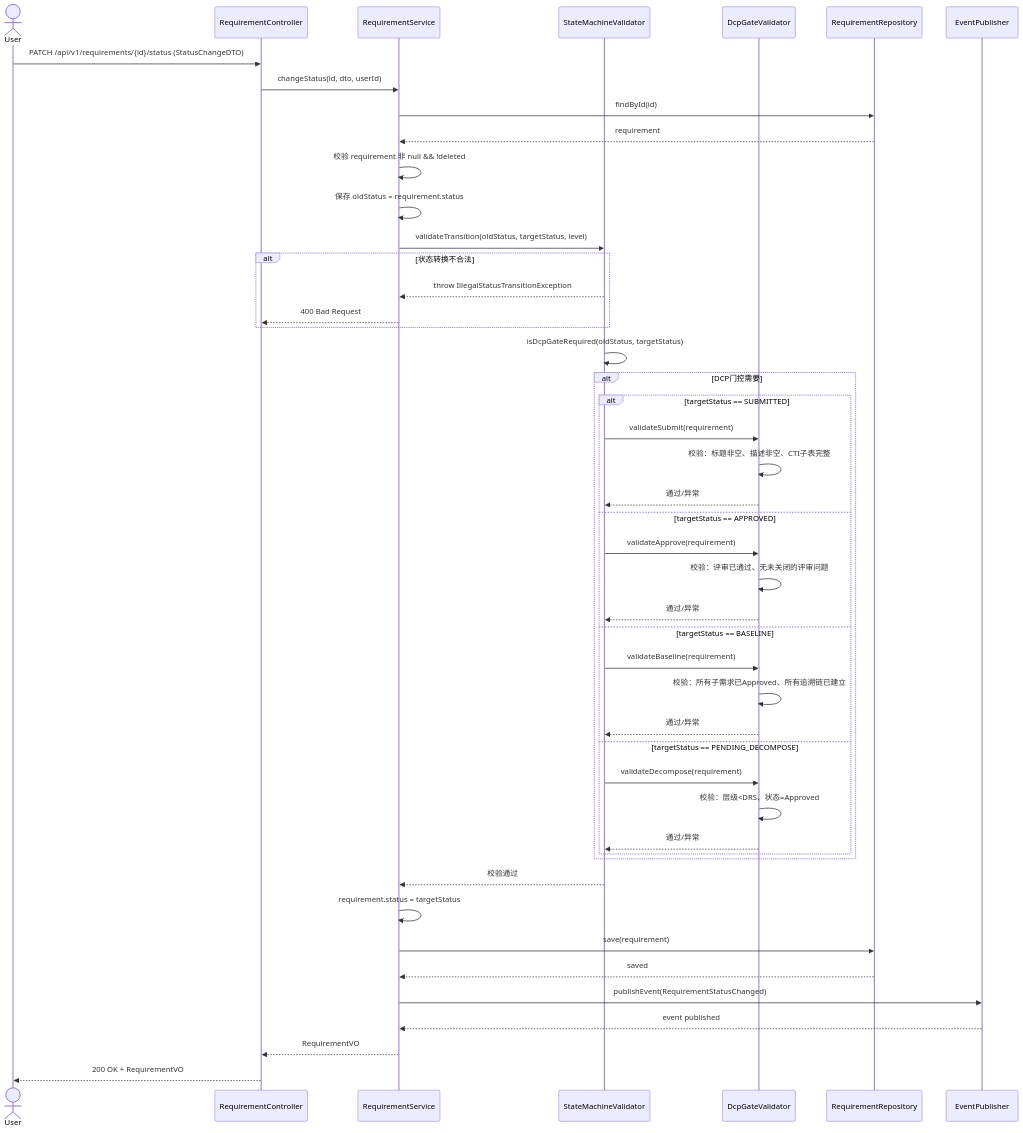
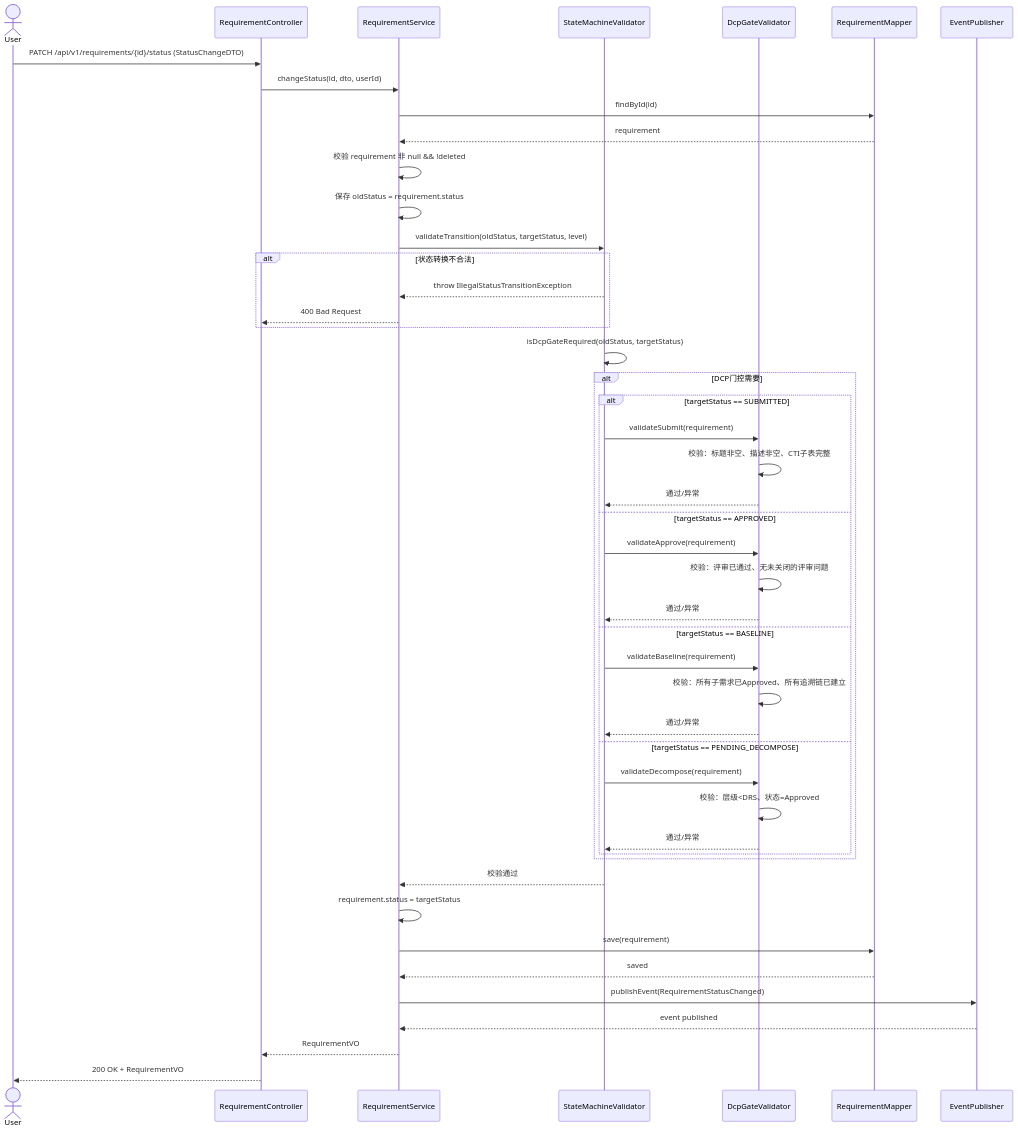
Before and after one commit to zhutao198/MED_RMS_PMS: the third of 6 diagrams in Detailed/01-详细设计/req-mgr-详细设计.md, drawn with Mermaid. The commit also changed other lines of this file and 2 other files, not shown here.

Commit message:
R112: 类图Repository转Mapper + 任务转化章节 + PrCorrection/RequirementPool

````diff
--- a/Detailed/01-详细设计/req-mgr-详细设计.md
+++ b/Detailed/01-详细设计/req-mgr-详细设计.md
@@ -818,60 +848,60 @@
 ```mermaid
 sequenceDiagram
     actor User
     participant RC as RequirementController
     participant RS as RequirementService
     participant SMV as StateMachineValidator
     participant DCP as DcpGateValidator
-    participant RR as RequirementRepository
+    participant RR as RequirementMapper
     participant EP as EventPublisher
 
     User->>RC: PATCH /api/v1/requirements/{id}/status (StatusChangeDTO)
     RC->>RS: changeStatus(id, dto, userId)
 
     RS->>RR: findById(id)
     RR-->>RS: requirement
 
     RS->>RS: 校验 requirement 非 null && !deleted
     RS->>RS: 保存 oldStatus = requirement.status
 
     RS->>SMV: validateTransition(oldStatus, targetStatus, level)
 
     alt 状态转换不合法
         SMV-->>RS: throw IllegalStatusTransitionException
         RS-->>RC: 400 Bad Request
     end
 
     SMV->>SMV: isDcpGateRequired(oldStatus, targetStatus)
 
     alt DCP门控需要
         alt targetStatus == SUBMITTED
             SMV->>DCP: validateSubmit(requirement)
             DCP->>DCP: 校验：标题非空、描述非空、CTI子表完整
             DCP-->>SMV: 通过/异常
         else targetStatus == APPROVED
             SMV->>DCP: validateApprove(requirement)
             DCP->>DCP: 校验：评审已通过、无未关闭的评审问题
             DCP-->>SMV: 通过/异常
         else targetStatus == BASELINE
             SMV->>DCP: validateBaseline(requirement)
             DCP->>DCP: 校验：所有子需求已Approved、所有追溯链已建立
             DCP-->>SMV: 通过/异常
         else targetStatus == PENDING_DECOMPOSE
             SMV->>DCP: validateDecompose(requirement)
             DCP->>DCP: 校验：层级<DRS、状态=Approved
             DCP-->>SMV: 通过/异常
         end
     end
 
     SMV-->>RS: 校验通过
 
     RS->>RS: requirement.status = targetStatus
     RS->>RR: save(requirement)
     RR-->>RS: saved
 
     RS->>EP: publishEvent(RequirementStatusChanged)
     EP-->>RS: event published
 
     RS-->>RC: RequirementVO
     RC-->>User: 200 OK + RequirementVO
 ```
````
